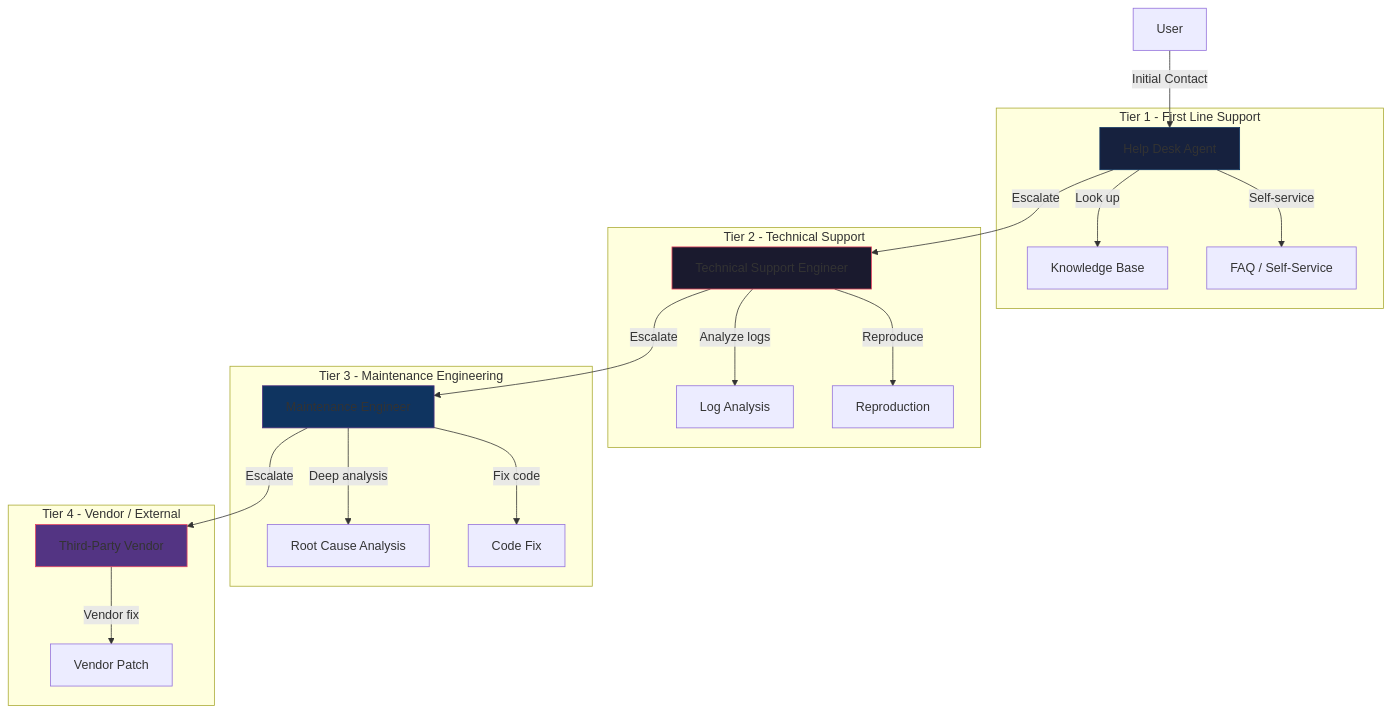
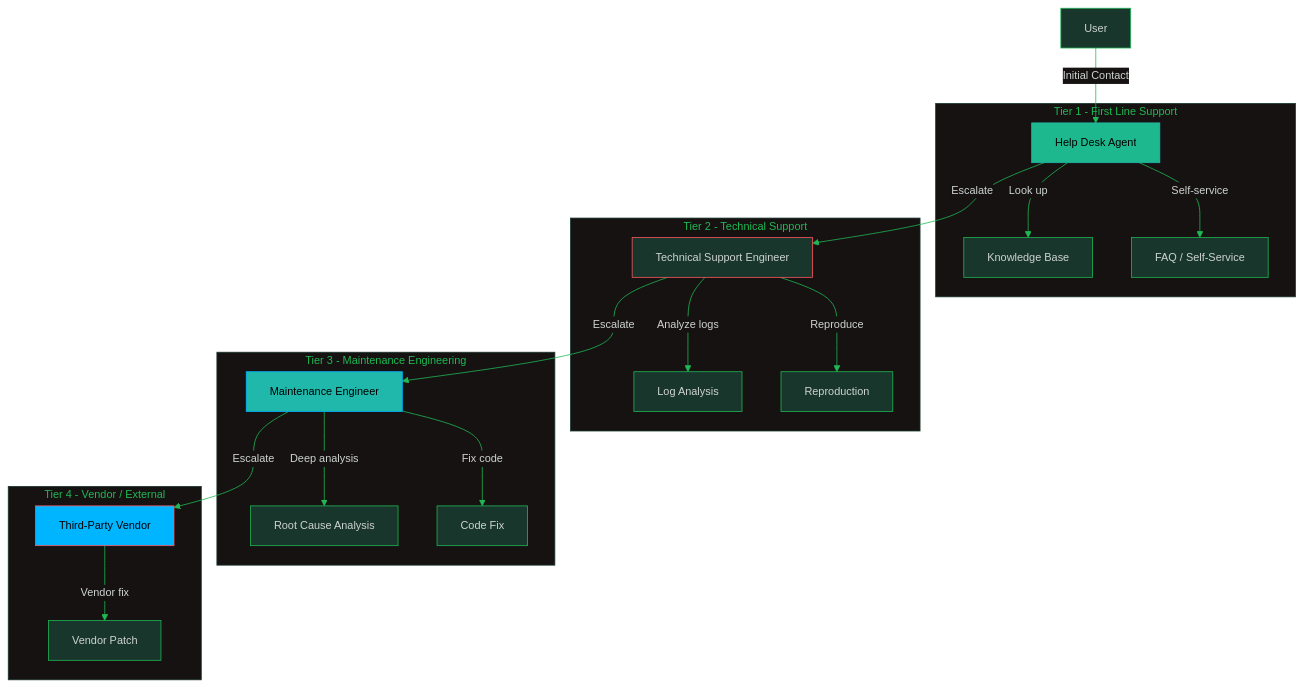
The fifth of 8 diagrams in software-engineering-note/07_Software_Maintenance/08_Maintenance_Processes_and_Staffing.md (oat431/swe-knowledge), drawn with Mermaid before and after one commit. The commit also changed other lines of this file and 10 other files, not shown here.

````diff
--- a/software-engineering-note/07_Software_Maintenance/08_Maintenance_Processes_and_Staffing.md
+++ b/software-engineering-note/07_Software_Maintenance/08_Maintenance_Processes_and_Staffing.md
@@ -215,42 +219,43 @@
 ```mermaid
+%%{init: {'theme':'base','themeVariables':{'primaryColor':'#19362D','primaryTextColor':'#CDD3D1','primaryBorderColor':'#1FB854','lineColor':'#1FB854','secondaryColor':'#161212','tertiaryColor':'#1B1717','background':'#1B1717','mainBkg':'#19362D','nodeBorder':'#1FB854','clusterBkg':'#161212','clusterBorder':'#19362D','titleColor':'#1FB854','edgeLabelBackground':'#161212','fontSize':'14px'}}}%%
 flowchart TD
     subgraph Tier 1 - First Line Support
         T1[Help Desk Agent]
         KB[Knowledge Base]
         FAQ[FAQ / Self-Service]
     end
     
     subgraph Tier 2 - Technical Support
         T2[Technical Support Engineer]
         LOG[Log Analysis]
         REPRO[Reproduction]
     end
     
     subgraph Tier 3 - Maintenance Engineering
         T3[Maintenance Engineer]
         ROOT[Root Cause Analysis]
         FIX[Code Fix]
     end
     
     subgraph Tier 4 - Vendor / External
         T4[Third-Party Vendor]
         PATCH[Vendor Patch]
     end
     
     U[User] -->|Initial Contact| T1
     T1 -->|Look up| KB
     T1 -->|Self-service| FAQ
     T1 -->|Escalate| T2
     T2 -->|Analyze logs| LOG
     T2 -->|Reproduce| REPRO
     T2 -->|Escalate| T3
     T3 -->|Deep analysis| ROOT
     T3 -->|Fix code| FIX
     T3 -->|Escalate| T4
     T4 -->|Vendor fix| PATCH
     
-    style T1 fill:#16213e,stroke:#0f3460
-    style T2 fill:#1a1a2e,stroke:#e94560
-    style T3 fill:#0f3460,stroke:#533483
-    style T4 fill:#533483,stroke:#e94560
+    style T1 fill:#1EB88E,stroke:#1FB8AB,color:#000000
+    style T2 fill:#19362D,stroke:#FF5861,color:#CDD3D1
+    style T3 fill:#1FB8AB,stroke:#00B5FF,color:#000000
+    style T4 fill:#00B5FF,stroke:#FF5861,color:#000000
 ```
````
